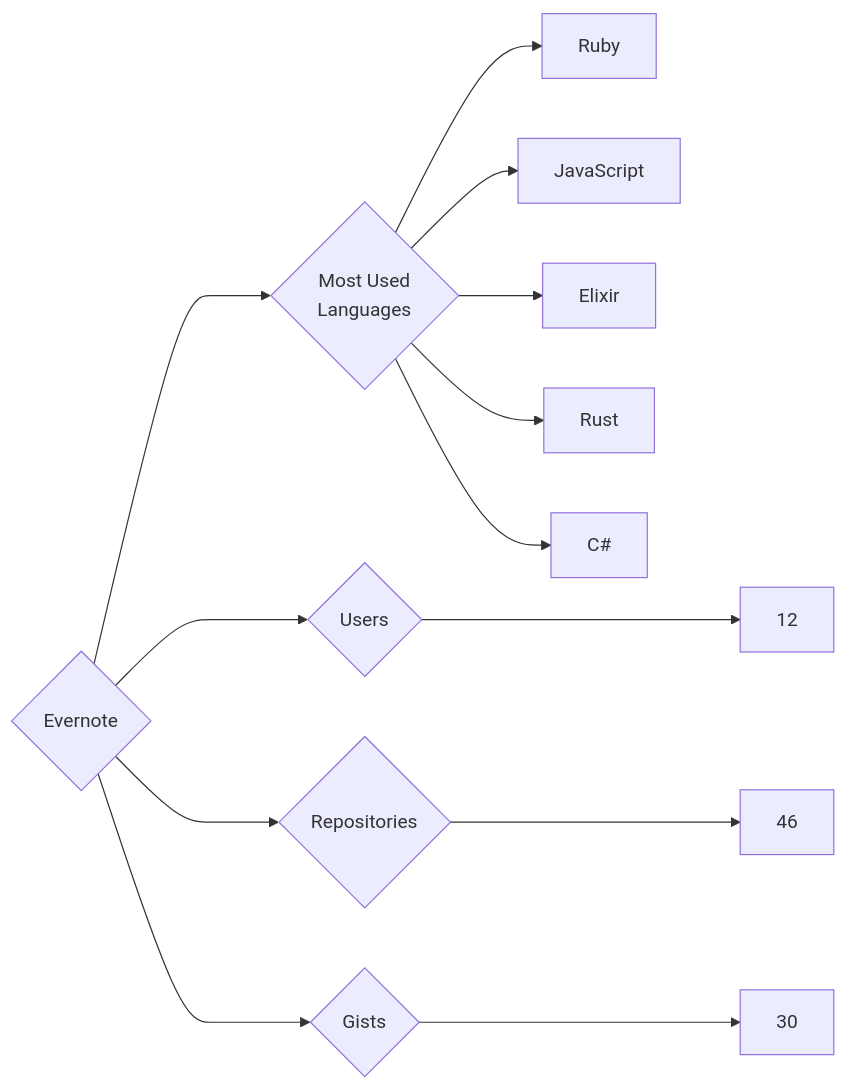
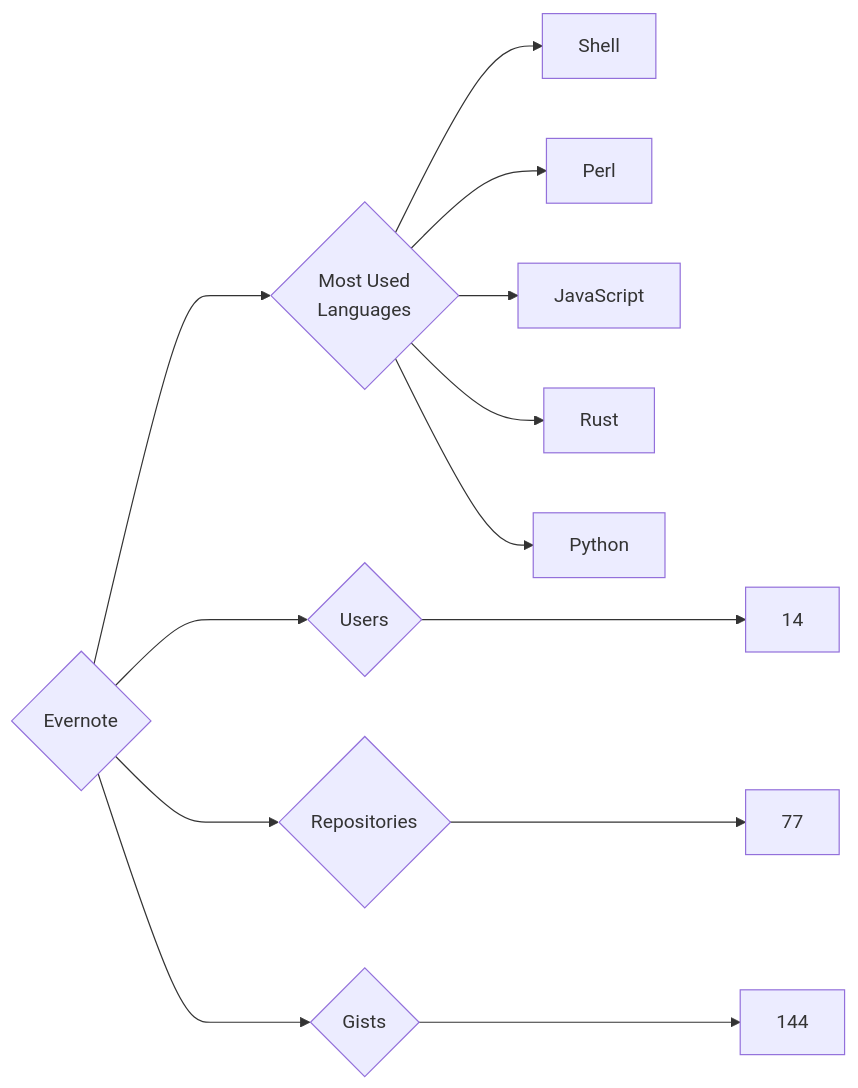
One commit to trickest/insiders changed the diagram in targets/Evernote/README.md. Above: the diagram before and after it, drawn with Mermaid. The commit also changed 757 other files, not shown here.

````diff
--- a/targets/Evernote/README.md
+++ b/targets/Evernote/README.md
@@ -3,13 +3,13 @@
 ```mermaid
 graph LR
 COMPANY_NAME{Evernote}
-COMPANY_NAME ---> U{Users} ---> UN[12]
-COMPANY_NAME ---> R{Repositories} ---> RN[46]
-COMPANY_NAME ---> G{Gists} ---> GN[30]
+COMPANY_NAME ---> U{Users} ---> UN[14]
+COMPANY_NAME ---> R{Repositories} ---> RN[77]
+COMPANY_NAME ---> G{Gists} ---> GN[144]
 COMPANY_NAME ---> ML{Most Used<br>Languages}
-ML --> Ruby[Ruby]
+ML --> Shell[Shell]
+ML --> Perl[Perl]
 ML --> JavaScript[JavaScript]
-ML --> Elixir[Elixir]
 ML --> Rust[Rust]
-ML --> C#[C#]
+ML --> Python[Python]
 ```
````
